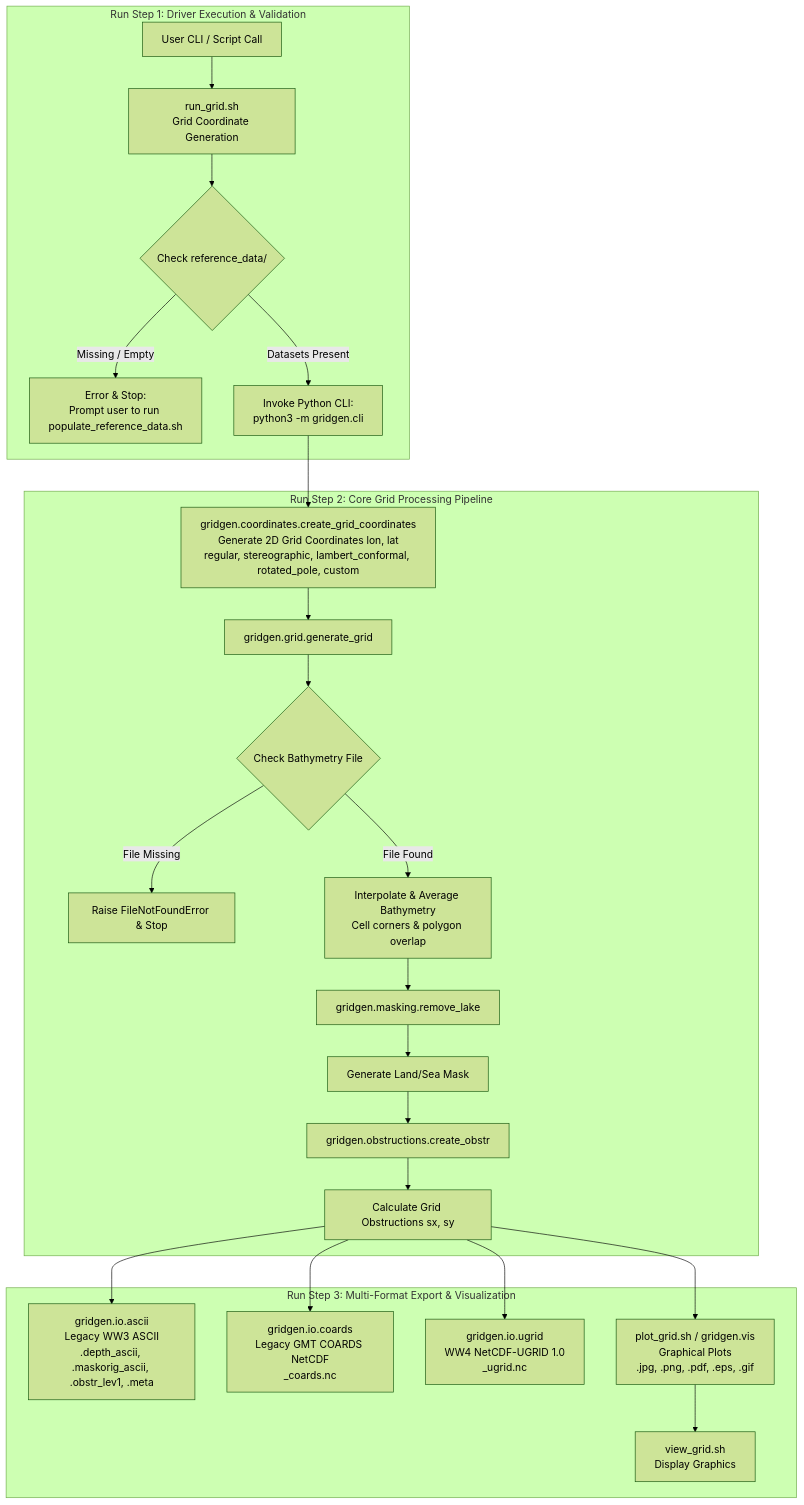
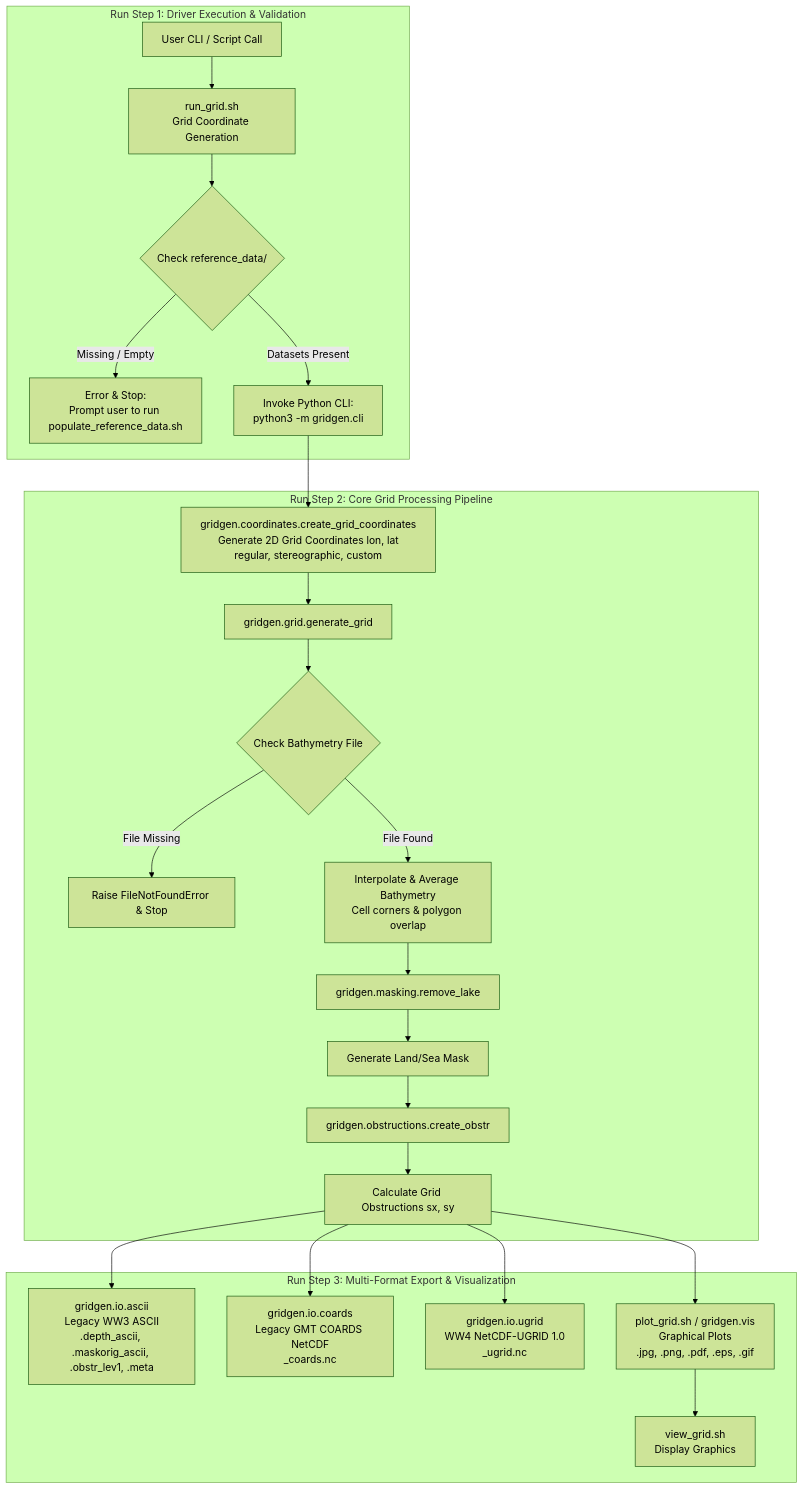
One commit to HendrikTolman-NOAA/gridgen changed the second of 2 diagrams in ARCHITECTURE.md. Above: the diagram before and after it, drawn with Mermaid (forest theme). The commit also changed other lines of this file and 6 other files, not shown here.

First line of the commit message:
Simplify regular and stereographic grid CLI options

````diff
--- a/ARCHITECTURE.md
+++ b/ARCHITECTURE.md
@@ -45,31 +45,31 @@
 ```mermaid
 flowchart TD
     subgraph Run Step 1: Driver Execution & Validation
         E[User CLI / Script Call] --> F[run_grid.sh<br/>Grid Coordinate Generation]
         F --> G{Check reference_data/}
         G -- Missing / Empty --> H[Error & Stop:<br/>Prompt user to run populate_reference_data.sh]
         G -- Datasets Present --> I[Invoke Python CLI:<br/>python3 -m gridgen.cli]
     end
 
     subgraph Run Step 2: Core Grid Processing Pipeline
-        I --> J0[gridgen.coordinates.create_grid_coordinates<br/>Generate 2D Grid Coordinates lon, lat<br/>regular, stereographic, lambert_conformal, rotated_pole, custom]
+        I --> J0[gridgen.coordinates.create_grid_coordinates<br/>Generate 2D Grid Coordinates lon, lat<br/>regular, stereographic, custom]
         J0 --> J[gridgen.grid.generate_grid]
         J --> K{Check Bathymetry File}
         K -- File Missing --> L[Raise FileNotFoundError & Stop]
         K -- File Found --> M[Interpolate & Average Bathymetry<br/>Cell corners & polygon overlap]
 
         M --> N[gridgen.masking.remove_lake]
         N --> O[Generate Land/Sea Mask]
 
         O --> P[gridgen.obstructions.create_obstr]
         P --> Q[Calculate Grid Obstructions sx, sy]
     end
 
     subgraph Run Step 3: Multi-Format Export & Visualization
         Q --> R1[gridgen.io.ascii<br/>Legacy WW3 ASCII<br/>.depth_ascii, .maskorig_ascii, .obstr_lev1, .meta]
         Q --> R2[gridgen.io.coards<br/>Legacy GMT COARDS NetCDF<br/>_coards.nc]
         Q --> R3[gridgen.io.ugrid<br/>WW4 NetCDF-UGRID 1.0<br/>_ugrid.nc]
         Q --> R4[plot_grid.sh / gridgen.vis<br/>Graphical Plots<br/>.jpg, .png, .pdf, .eps, .gif]
         R4 --> R5[view_grid.sh<br/>Display Graphics]
     end
 ```
````
